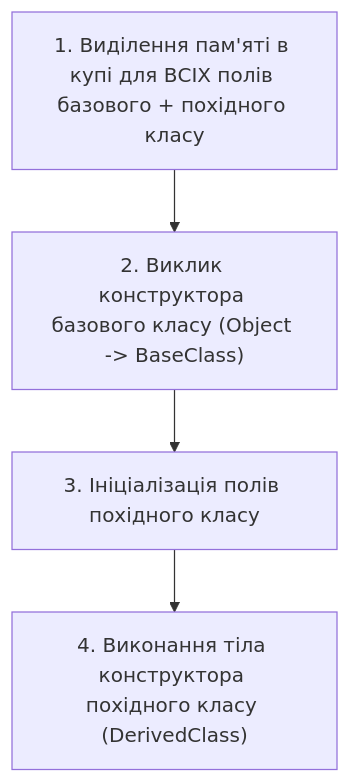
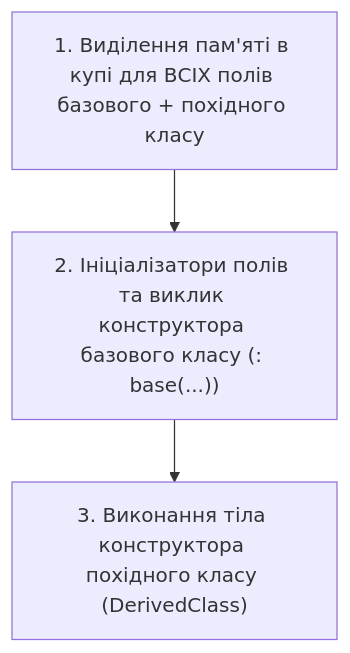
One commit to MrTomkaYurii/CSharp-OOP-Mastery changed the diagram in 02-OOP-Core/01-Inheritance/Docs/01_Inheritance_Basics_And_Base_Keyword.md. Above: the diagram before and after it, drawn with Mermaid. The commit also changed other lines of this file and 79 other files, not shown here.

````diff
--- a/02-OOP-Core/01-Inheritance/Docs/01_Inheritance_Basics_And_Base_Keyword.md
+++ b/02-OOP-Core/01-Inheritance/Docs/01_Inheritance_Basics_And_Base_Keyword.md
@@ -15,6 +17,5 @@
 ```mermaid
 flowchart TD
-    A["1. Виділення пам'яті в купі для ВСІХ полів базового + похідного класу"] --> B["2. Виклик конструктора базового класу (Object -> BaseClass)"]
-    B --> C["3. Ініціалізація полів похідного класу"]
-    C --> D["4. Виконання тіла конструктора похідного класу (DerivedClass)"]
+    A["1. Виділення пам'яті в купі для ВСІХ полів базового + похідного класу"] --> B["2. Ініціалізатори полів та виклик конструктора базового класу (: base(...))"]
+    B --> C["3. Виконання тіла конструктора похідного класу (DerivedClass)"]
 ```
````
